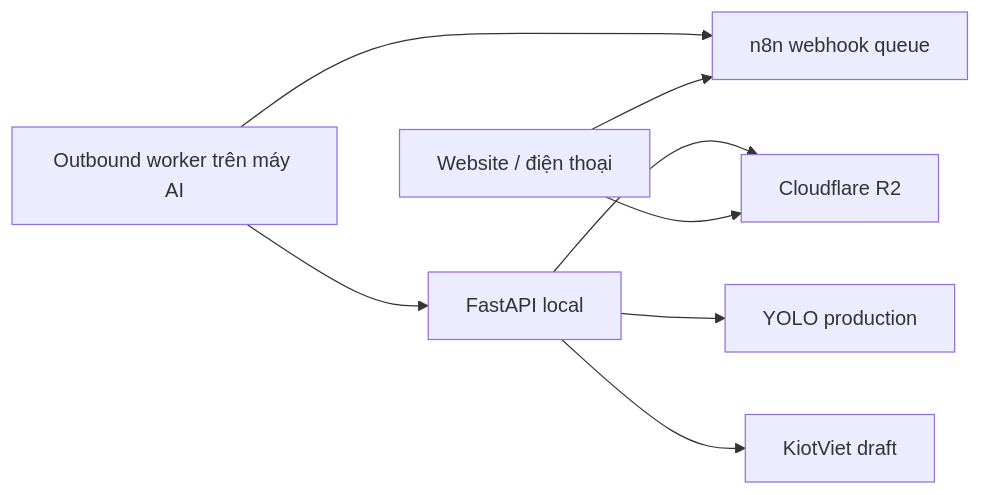
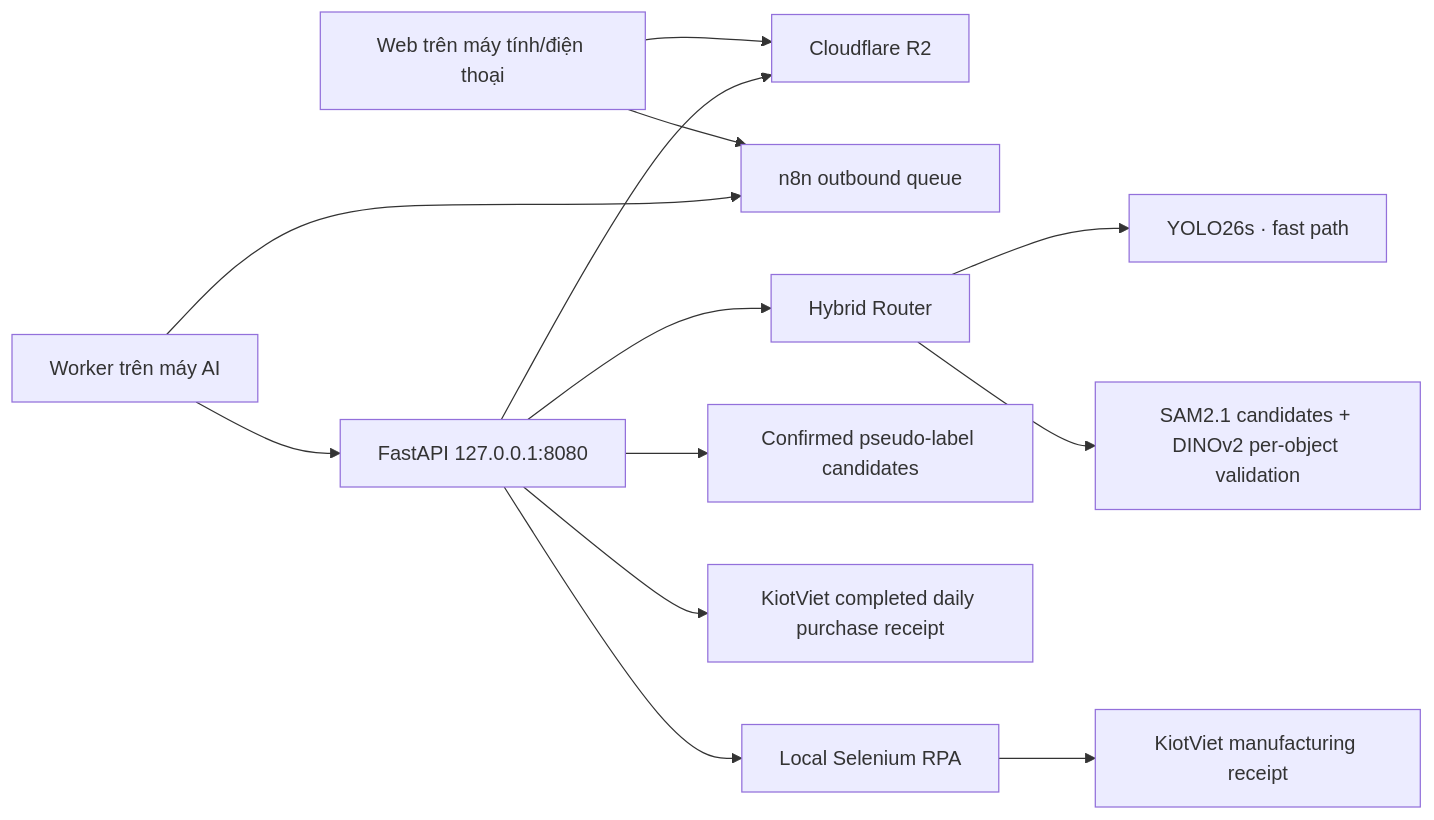
Before and after one commit to philonguit-blip/sharon-ai-inventory-inspection: the diagram in README.md, drawn with Mermaid. The commit also changed other lines of this file and 80 other files, not shown here.

````diff
--- a/README.md
+++ b/README.md
@@ -12,10 +14,15 @@
 ```mermaid
 flowchart LR
-    Browser["Website / điện thoại"] --> N8N["n8n webhook queue"]
-    Browser --> R2["Cloudflare R2"]
-    Worker["Outbound worker trên máy AI"] --> N8N
-    Worker --> API["FastAPI local"]
-    API --> Model["YOLO production"]
+    Browser["Web trên máy tính/điện thoại"] --> R2["Cloudflare R2"]
+    Browser --> N8N["n8n outbound queue"]
+    Worker["Worker trên máy AI"] --> N8N
+    Worker --> API["FastAPI 127.0.0.1:8080"]
+    API --> Router["Hybrid Router"]
+    Router --> YOLO["YOLO26s · fast path"]
+    Router --> Foundation["SAM2.1 candidates + DINOv2 per-object validation"]
+    API --> Dataset["Confirmed pseudo-label candidates"]
     API --> R2
-    API --> KV["KiotViet draft"]
+    API --> KV["KiotViet completed daily purchase receipt"]
+    API --> RPA["Local Selenium RPA"]
+    RPA --> MFG["KiotViet manufacturing receipt"]
 ```
````
